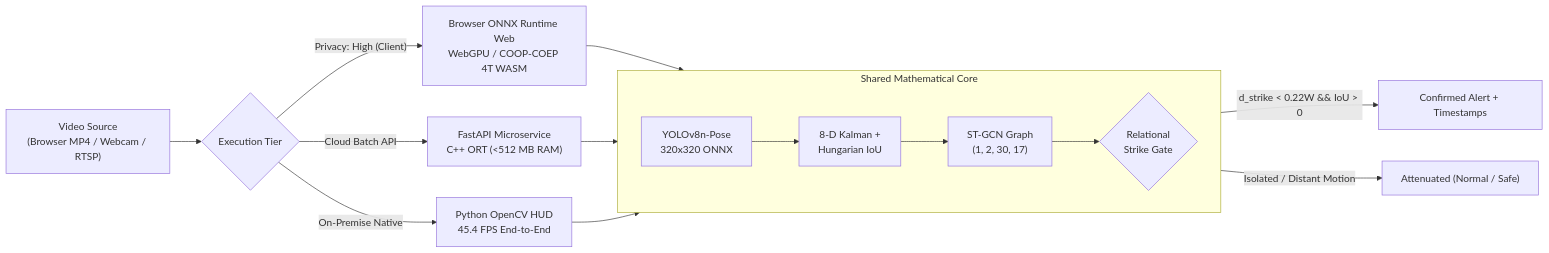
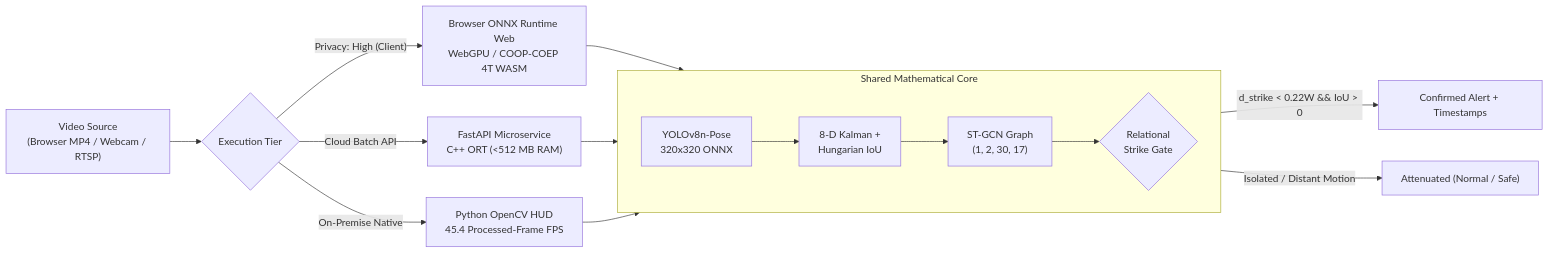
The diagram in README.md (Parth-Aish/Violence-Detection-Edge), drawn with Mermaid before and after one commit. The commit also changed other lines of this file and 4 other files, not shown here.

````diff
--- a/README.md
+++ b/README.md
@@ -96,21 +96,21 @@
 ```mermaid
 flowchart LR
     IN["Video Source<br/>(Browser MP4 / Webcam / RTSP)"] --> SPLIT{"Execution Tier"}
     SPLIT -->|"Privacy: High (Client)"| WASM["Browser ONNX Runtime Web<br/>WebGPU / COOP-COEP 4T WASM"]
     SPLIT -->|"Cloud Batch API"| API["FastAPI Microservice<br/>C++ ORT (&lt;512 MB RAM)"]
-    SPLIT -->|"On-Premise Native"| CLI["Python OpenCV HUD<br/>45.4 FPS End-to-End"]
+    SPLIT -->|"On-Premise Native"| CLI["Python OpenCV HUD<br/>45.4 Processed-Frame FPS"]
 
     WASM --> PIPE
     API --> PIPE
     CLI --> PIPE
 
     subgraph PIPE["Shared Mathematical Core"]
         direction LR
         Y["YOLOv8n-Pose<br/>320x320 ONNX"] --> K["8-D Kalman +<br/>Hungarian IoU"]
         K --> G["ST-GCN Graph<br/>(1, 2, 30, 17)"]
         G --> R{"Relational<br/>Strike Gate"}
     end
 
     R -->|"d_strike &lt; 0.22W &amp;&amp; IoU &gt; 0"| OUT["Confirmed Alert + Timestamps"]
     R -->|"Isolated / Distant Motion"| SAFE["Attenuated (Normal / Safe)"]
 ```
````
